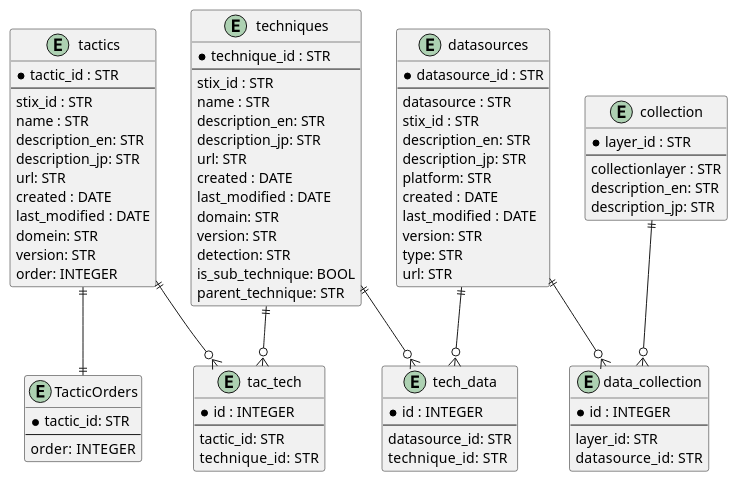
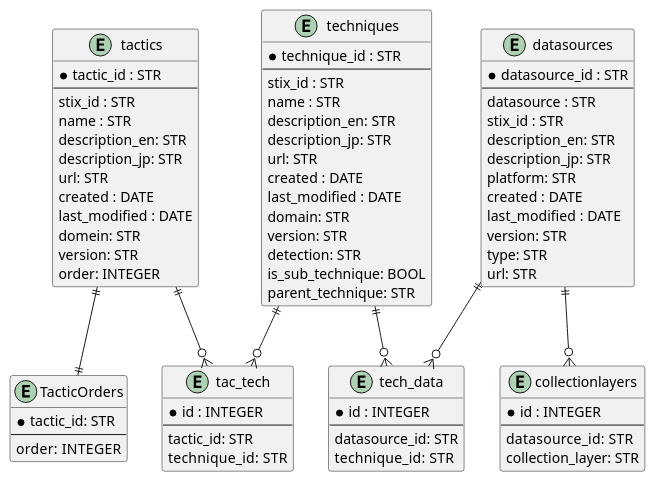
The diagram in uml/ER.puml (RyuichiHashimoto/attack-db), drawn with PlantUML before and after one commit. The commit also changed 1 other file, not shown here.

```diff
--- a/uml/ER.puml
+++ b/uml/ER.puml
@@ -1,98 +1,90 @@
 @startuml
 
 entity tactics {
   * tactic_id : STR
   ---
   stix_id : STR
   name : STR
   description_en: STR
   description_jp: STR
   url: STR
   created : DATE
   last_modified : DATE
   domein: STR
   version: STR
   order: INTEGER
 }
 
 entity TacticOrders {
   * tactic_id: STR
   ---
   order:  INTEGER
 }
 
 
 entity tac_tech {
   * id : INTEGER
   ---
   tactic_id: STR
   technique_id:  STR
 }
 
 entity techniques {
   * technique_id : STR
   ---
   stix_id : STR
   name : STR
   description_en: STR
   description_jp: STR
   url: STR
   created : DATE
   last_modified : DATE
   domain: STR
   version: STR
   detection: STR
   is_sub_technique: BOOL
   parent_technique: STR
 }
 
 entity tech_data {
   * id : INTEGER
   ---
   datasource_id: STR
   technique_id:  STR
 }
 
 entity datasources {
   * datasource_id : STR
   ---
   datasource : STR
   stix_id : STR
   description_en: STR
   description_jp: STR
   platform: STR
   created : DATE
   last_modified : DATE
   version: STR
   type: STR
   url: STR
 }
 
-entity collection {
-  * layer_id : STR
-  ---
-  collectionlayer : STR
-  description_en: STR
-  description_jp: STR
-}
 
-entity data_collection {
+entity collectionlayers {
   * id : INTEGER
   ---
-  layer_id: STR
   datasource_id:  STR
+  collection_layer: STR  
 }
 
 tactics ||--o{ tac_tech
 tactics ||--|| TacticOrders
 
 techniques ||--o{ tac_tech
 techniques ||--o{ tech_data
 datasources ||--o{ tech_data
 
-datasources ||--o{ data_collection
-collection ||--o{ data_collection
+datasources ||--o{ collectionlayers
 
 ' techniques || 
 
 @enduml
```
